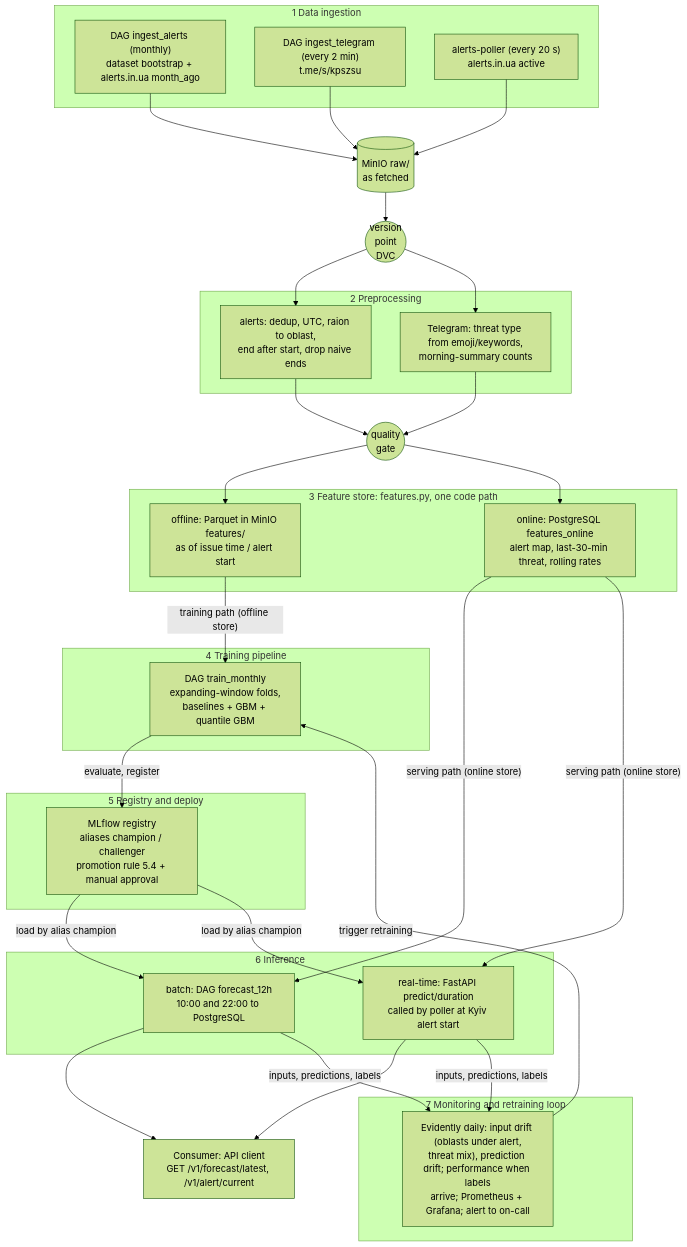
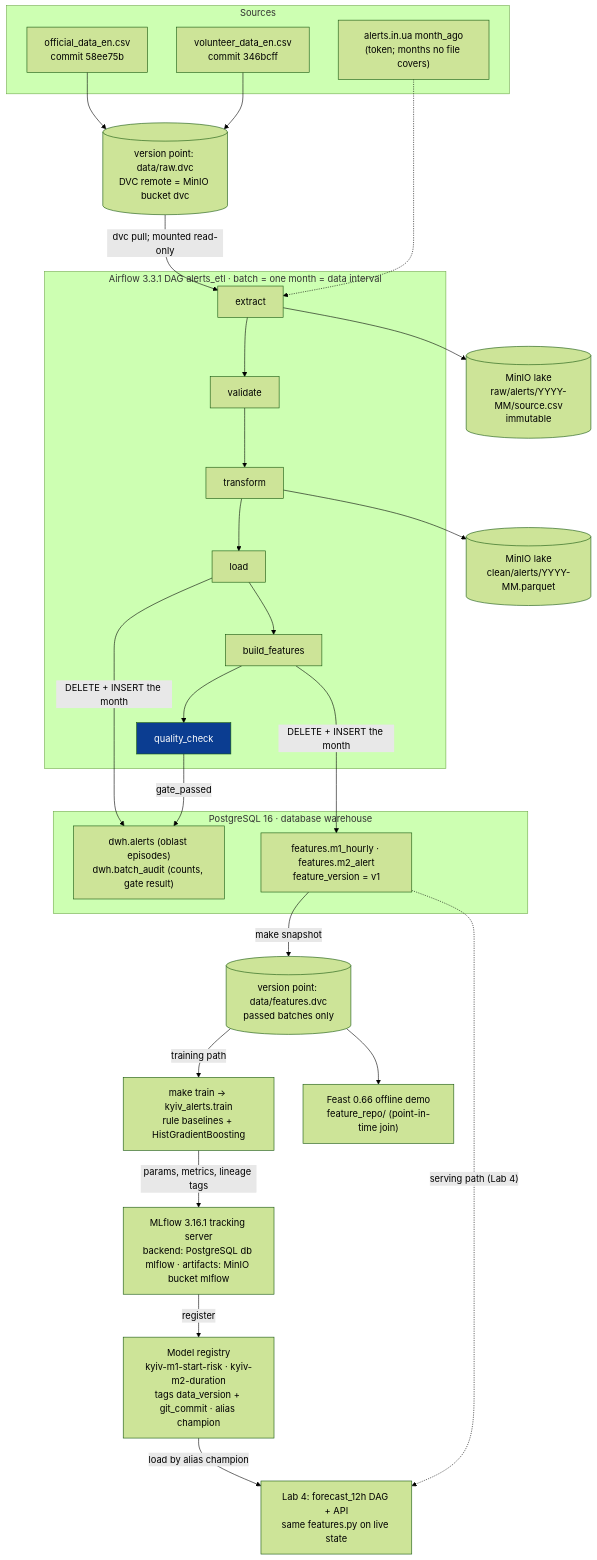
One commit to kvitoslava-yarish/mlops-2026 changed the second of 4 diagrams in docs/design.md. Above: the diagram before and after it, drawn with Mermaid (forest theme). The commit also changed other lines of this file and 54 other files, not shown here.

First line of the commit message:
Lab 2: DVC data, monthly Airflow ETL with quality gate, baselines, MLflow lineage

````diff
--- a/docs/design.md
+++ b/docs/design.md
@@ -245,54 +266,43 @@
 ```mermaid
 flowchart TB
-    subgraph L1["1 Data ingestion"]
-        i1["DAG ingest_alerts (monthly)<br/>dataset bootstrap + alerts.in.ua month_ago"]
-        i2["DAG ingest_telegram (every 2 min)<br/>t.me/s/kpszsu"]
-        i3["alerts-poller (every 20 s)<br/>alerts.in.ua active"]
+    subgraph SRC["Sources"]
+        off["official_data_en.csv<br/>commit 58ee75b"]
+        vol["volunteer_data_en.csv<br/>commit 346bcff"]
+        api["alerts.in.ua month_ago<br/>(token; months no file covers)"]
     end
-    raw[("MinIO raw/<br/>as fetched")]
-    vp(("version<br/>point<br/>DVC"))
-    subgraph L2["2 Preprocessing"]
-        p1["alerts: dedup, UTC, raion to oblast,<br/>end after start, drop naive ends"]
-        p2["Telegram: threat type from emoji/keywords,<br/>morning-summary counts"]
+    dvcraw[("version point: data/raw.dvc<br/>DVC remote = MinIO bucket dvc")]
+    subgraph DAG["Airflow 3.3.1 DAG alerts_etl · batch = one month = data interval"]
+        ex["extract"] --> va["validate"] --> tr["transform"] --> lo["load"] --> bf["build_features"] --> qc["quality_check"]
     end
-    qg(("quality<br/>gate"))
-    subgraph L3["3 Feature store: features.py, one code path"]
-        off["offline: Parquet in MinIO features/<br/>as of issue time / alert start"]
-        on["online: PostgreSQL features_online<br/>alert map, last-30-min threat, rolling rates"]
+    lakeraw[("MinIO lake<br/>raw/alerts/YYYY-MM/source.csv<br/>immutable")]
+    lakeclean[("MinIO lake<br/>clean/alerts/YYYY-MM.parquet")]
+    subgraph PG["PostgreSQL 16 · database warehouse"]
+        dwh["dwh.alerts (oblast episodes)<br/>dwh.batch_audit (counts, gate result)"]
+        feat["features.m1_hourly · features.m2_alert<br/>feature_version = v1"]
     end
-    subgraph L4["4 Training pipeline"]
-        t1["DAG train_monthly<br/>expanding-window folds,<br/>baselines + GBM + quantile GBM"]
-    end
-    subgraph L5["5 Registry and deploy"]
-        r1["MLflow registry<br/>aliases champion / challenger<br/>promotion rule 5.4 + manual approval"]
-    end
-    subgraph L6["6 Inference"]
-        b1["batch: DAG forecast_12h<br/>10:00 and 22:00 to PostgreSQL"]
-        rt["real-time: FastAPI predict/duration<br/>called by poller at Kyiv alert start"]
-    end
-    cons["Consumer: API client<br/>GET /v1/forecast/latest, /v1/alert/current"]
-    subgraph L7["7 Monitoring and retraining loop"]
-        m1["Evidently daily: input drift (oblasts under alert,<br/>threat mix), prediction drift; performance when labels<br/>arrive; Prometheus + Grafana; alert to on-call"]
-    end
+    snap[("version point: data/features.dvc<br/>passed batches only")]
+    train["make train → kyiv_alerts.train<br/>rule baselines + HistGradientBoosting"]
+    mlf["MLflow 3.16.1 tracking server<br/>backend: PostgreSQL db mlflow · artifacts: MinIO bucket mlflow"]
+    reg["Model registry<br/>kyiv-m1-start-risk · kyiv-m2-duration<br/>tags data_version + git_commit · alias champion"]
+    feast["Feast 0.66 offline demo<br/>feature_repo/ (point-in-time join)"]
+    serve["Lab 4: forecast_12h DAG + API<br/>same features.py on live state"]
 
-    i1 --> raw
-    i2 --> raw
-    i3 --> raw
-    raw --> vp --> p1
-    vp --> p2
-    p1 --> qg
-    p2 --> qg
-    qg --> off
-    qg --> on
-    off -- "training path (offline store)" --> t1
-    t1 -- "evaluate, register" --> r1
-    on -- "serving path (online store)" --> b1
-    on -- "serving path (online store)" --> rt
-    r1 -- "load by alias champion" --> b1
-    r1 -- "load by alias champion" --> rt
-    b1 --> cons
-    rt --> cons
-    b1 -- "inputs, predictions, labels" --> m1
-    rt -- "inputs, predictions, labels" --> m1
-    m1 -- "trigger retraining" --> t1
+    off --> dvcraw
+    vol --> dvcraw
+    dvcraw -- "dvc pull; mounted read-only" --> ex
+    api -.-> ex
+    ex --> lakeraw
+    tr --> lakeclean
+    lo -- "DELETE + INSERT the month" --> dwh
+    bf -- "DELETE + INSERT the month" --> feat
+    qc -- "gate_passed" --> dwh
+    feat -- "make snapshot" --> snap
+    snap -- "training path" --> train
+    snap --> feast
+    train -- "params, metrics, lineage tags" --> mlf
+    mlf -- "register" --> reg
+    reg -- "load by alias champion" --> serve
+    feat -. "serving path (Lab 4)" .-> serve
+
+    style qc fill:#0b3d91,color:#ffffff
 ```
````
